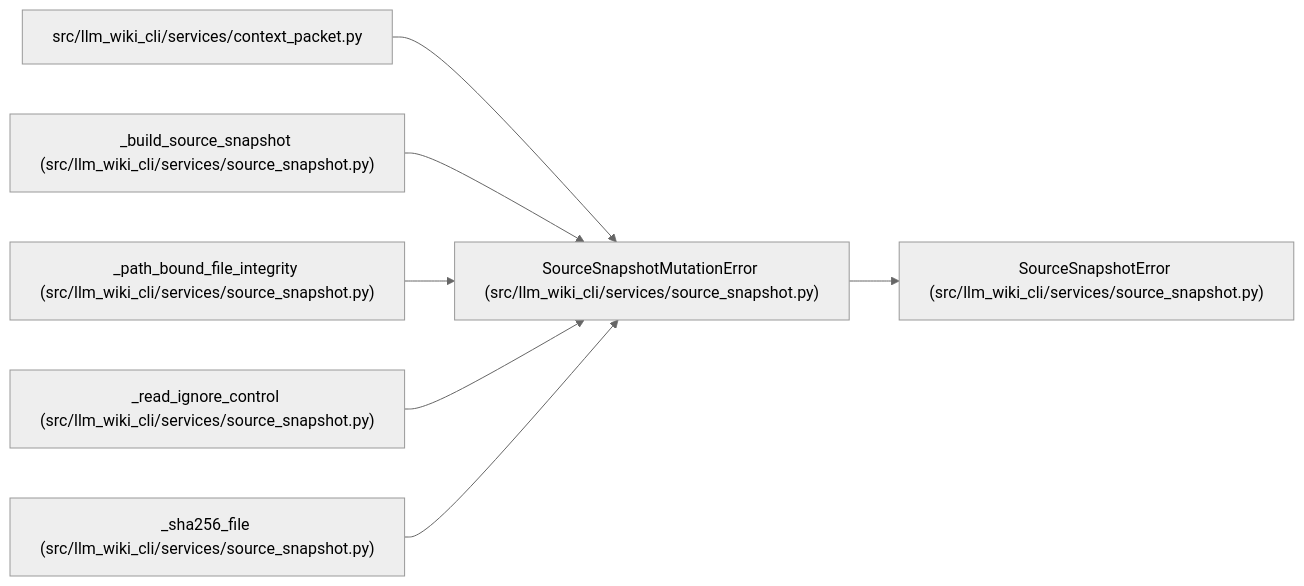
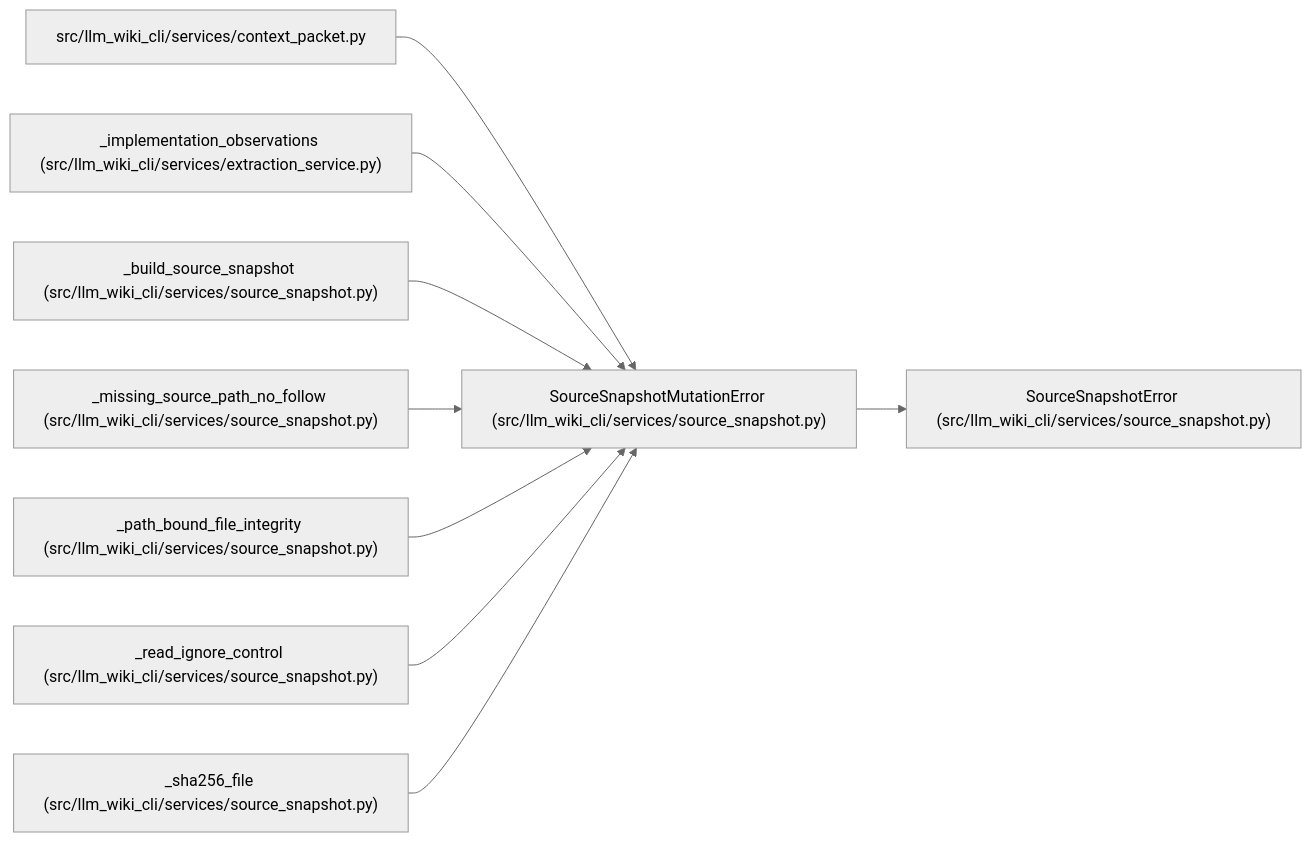
Before and after one commit to Denissvgn/python-wiki-llm: the diagram in docs/llm_wiki/entities/SourceSnapshotMutationError.md, drawn with Mermaid (neutral theme). The commit also changed other lines of this file and 1410 other files, not shown here.

First line of the commit message:
Add source-grounded task guides and re-anchor the maintained wiki

````diff
--- a/docs/llm_wiki/entities/SourceSnapshotMutationError.md
+++ b/docs/llm_wiki/entities/SourceSnapshotMutationError.md
@@ -23,23 +23,29 @@
 ```mermaid
 flowchart LR
     n0["SourceSnapshotMutationError (src/llm_wiki_cli/services/source_snapshot.py)"]
     n1["SourceSnapshotError (src/llm_wiki_cli/services/source_snapshot.py)"]
     n2["src/llm_wiki_cli/services/context_packet.py"]
-    n3["_build_source_snapshot (src/llm_wiki_cli/services/source_snapshot.py)"]
-    n4["_path_bound_file_integrity (src/llm_wiki_cli/services/source_snapshot.py)"]
-    n5["_read_ignore_control (src/llm_wiki_cli/services/source_snapshot.py)"]
-    n6["_sha256_file (src/llm_wiki_cli/services/source_snapshot.py)"]
+    n3["_implementation_observations (src/llm_wiki_cli/services/extraction_service.py)"]
+    n4["_build_source_snapshot (src/llm_wiki_cli/services/source_snapshot.py)"]
+    n5["_missing_source_path_no_follow (src/llm_wiki_cli/services/source_snapshot.py)"]
+    n6["_path_bound_file_integrity (src/llm_wiki_cli/services/source_snapshot.py)"]
+    n7["_read_ignore_control (src/llm_wiki_cli/services/source_snapshot.py)"]
+    n8["_sha256_file (src/llm_wiki_cli/services/source_snapshot.py)"]
     n0 --> n1
     n2 --> n0
     n3 --> n0
     n4 --> n0
     n5 --> n0
     n6 --> n0
+    n7 --> n0
+    n8 --> n0
     click n0 "../modules/source_snapshot.md"
     click n1 "../modules/source_snapshot.md"
     click n2 "../modules/context_packet.md"
-    click n3 "../modules/source_snapshot.md"
+    click n3 "../modules/extraction_service.md"
     click n4 "../modules/source_snapshot.md"
     click n5 "../modules/source_snapshot.md"
     click n6 "../modules/source_snapshot.md"
+    click n7 "../modules/source_snapshot.md"
+    click n8 "../modules/source_snapshot.md"
 ```
````
